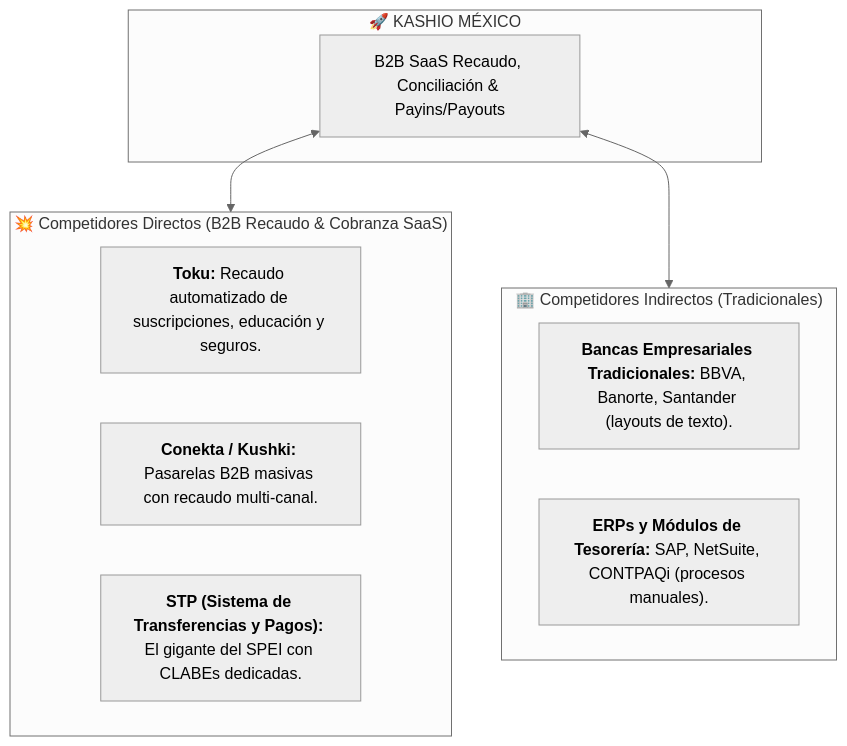
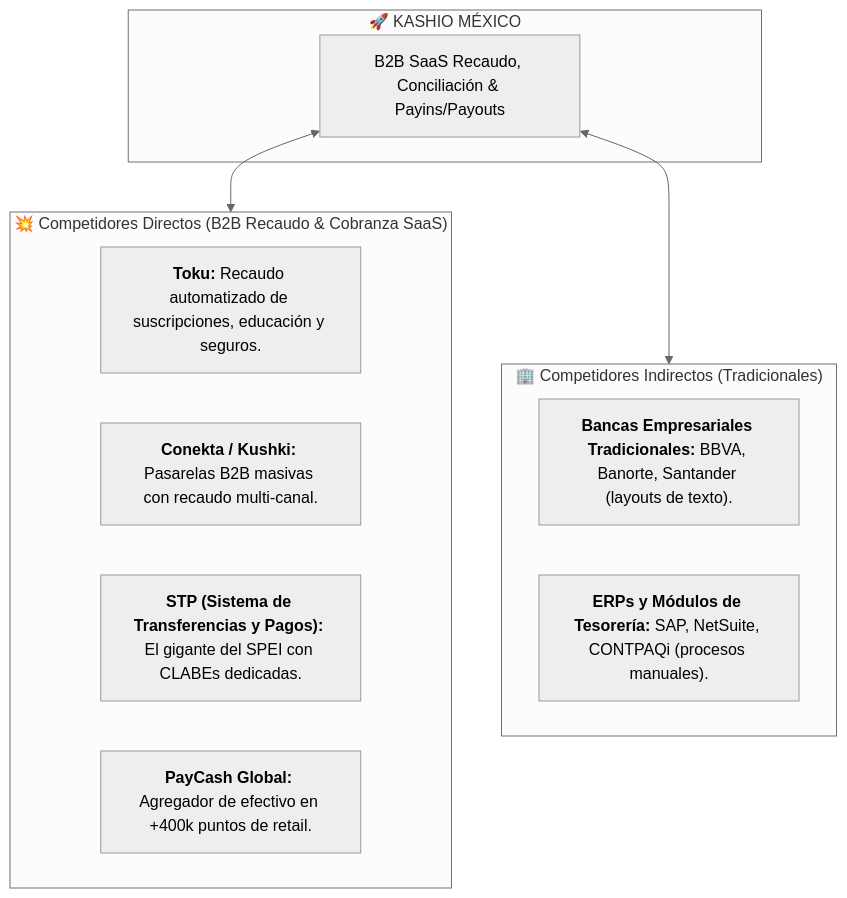
The second of 2 diagrams in RIESGOS_FRICCIONES_COMPETENCIA_KASHIO_MEXICO.md (agutierrez11/mis-agentes-y-skills), drawn with Mermaid (neutral theme) before and after one commit. The commit also changed other lines of this file, not shown here.

Commit message:
docs: add PayCash Global competitive intel to Kashio Mexico playbook

````diff
--- a/RIESGOS_FRICCIONES_COMPETENCIA_KASHIO_MEXICO.md
+++ b/RIESGOS_FRICCIONES_COMPETENCIA_KASHIO_MEXICO.md
@@ -40,20 +47,21 @@
 ```mermaid
 graph TD
     subgraph KASHIO ["🚀 KASHIO MÉXICO"]
         K[B2B SaaS Recaudo, Conciliación & Payins/Payouts]
     end
 
     subgraph COMP_DIRECTA ["💥 Competidores Directos (B2B Recaudo & Cobranza SaaS)"]
         D1["<b>Toku:</b> Recaudo automatizado de suscripciones, educación y seguros."]
         D2["<b>Conekta / Kushki:</b> Pasarelas B2B masivas con recaudo multi-canal."]
         D3["<b>STP (Sistema de Transferencias y Pagos):</b> El gigante del SPEI con CLABEs dedicadas."]
+        D4["<b>PayCash Global:</b> Agregador de efectivo en +400k puntos de retail."]
     end
 
     subgraph COMP_INDIRECTA ["🏢 Competidores Indirectos (Tradicionales)"]
         I1["<b>Bancas Empresariales Tradicionales:</b> BBVA, Banorte, Santander (layouts de texto)."]
         I2["<b>ERPs y Módulos de Tesorería:</b> SAP, NetSuite, CONTPAQi (procesos manuales)."]
     end
 
     K <--> COMP_DIRECTA
     K <--> COMP_INDIRECTA
 ```
````
